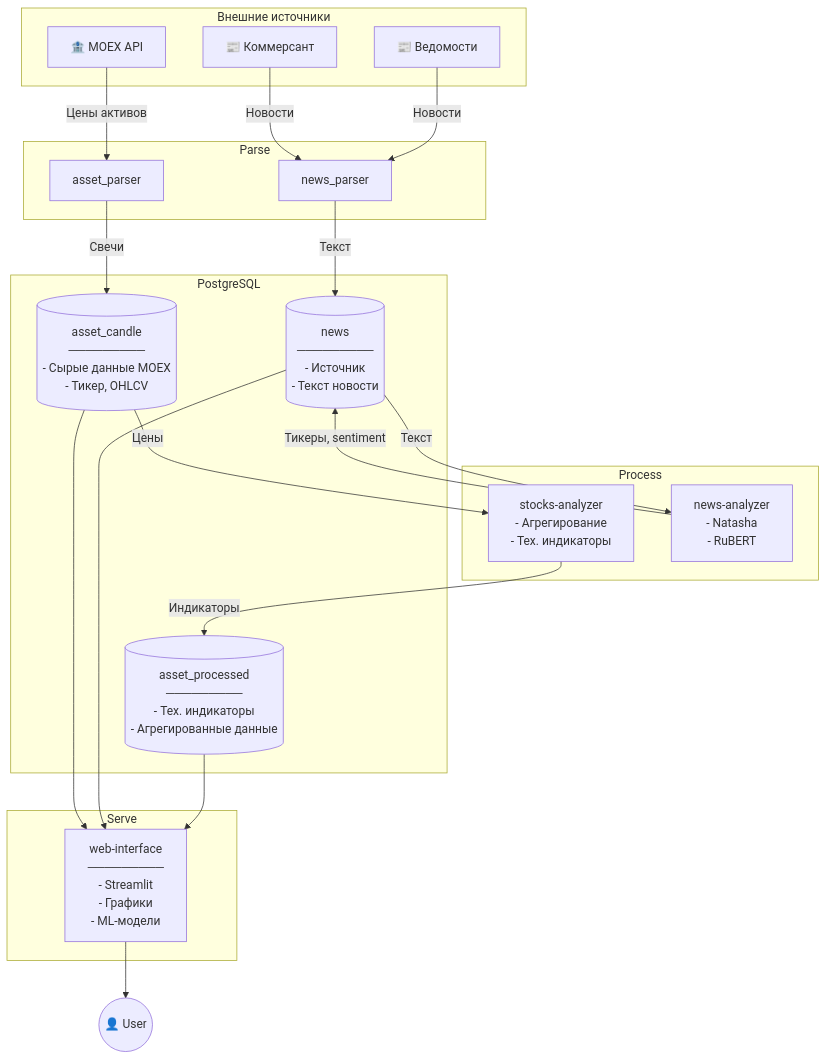
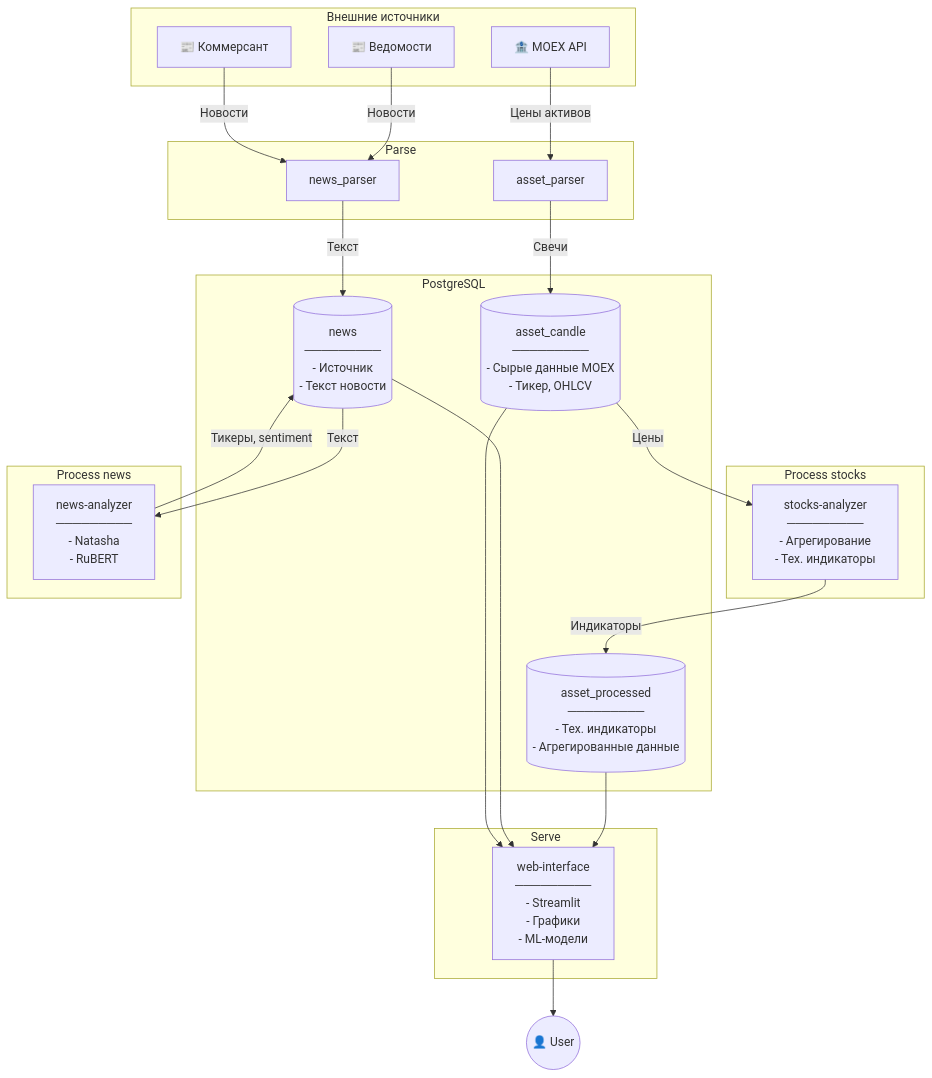
Before and after one commit to 3m1d/stocks-advisor: the diagram in app/README.md, drawn with Mermaid. The commit also changed other lines of this file, not shown here.

````diff
--- a/app/README.md
+++ b/app/README.md
@@ -9,49 +9,51 @@
 ```mermaid
 flowchart TB
     subgraph External["Внешние источники"]
         MOEX["🏦 MOEX API"]
         VED["📰 Ведомости"]
         KOM["📰 Коммерсант"]
     end
 
     subgraph Parse["Parse"]
         MP["asset_parser"]
         NP["news_parser"]
     end
 
     subgraph DB["PostgreSQL"]
         AR[("asset_candle<br>─────────<br>- Сырые данные MOEX<br>- Тикер, OHLCV")]
         AP[("asset_processed<br>─────────<br>- Тех. индикаторы<br>- Агрегированные данные")]
         NW[("news<br>─────────<br>- Источник<br>- Текст новости")]
     end
 
-    subgraph Process["Process"]
-        SA["stocks-analyzer<br>- Агрегирование<br>- Тех. индикаторы"]
-        NA["news-analyzer<br>- Natasha<br>- RuBERT"]
+    subgraph ProcessStocks["Process stocks"]
+        SA["stocks-analyzer<br>─────────<br>- Агрегирование<br>- Тех. индикаторы"]
+    end
+    subgraph ProcessNews["Process news"]
+        NA["news-analyzer<br>─────────<br>- Natasha<br>- RuBERT"]
     end
 
     subgraph Serve["Serve"]
         WEB["web-interface<br>─────────<br>- Streamlit<br>- Графики<br>- ML-модели"]
     end
 
     USER(("👤 User"))
 
     MOEX -->|Цены активов| MP
     VED -->|Новости| NP
     KOM -->|Новости| NP
 
     MP -->|Свечи| AR
     NP -->|Текст| NW
 
     AR -->|Цены| SA
     SA -->|Индикаторы| AP
 
     NW -->|Текст| NA
     NA -->|Тикеры, sentiment| NW
 
     AP --> WEB
     NW --> WEB
     AR --> WEB
 
     WEB --> USER
 ```
````
